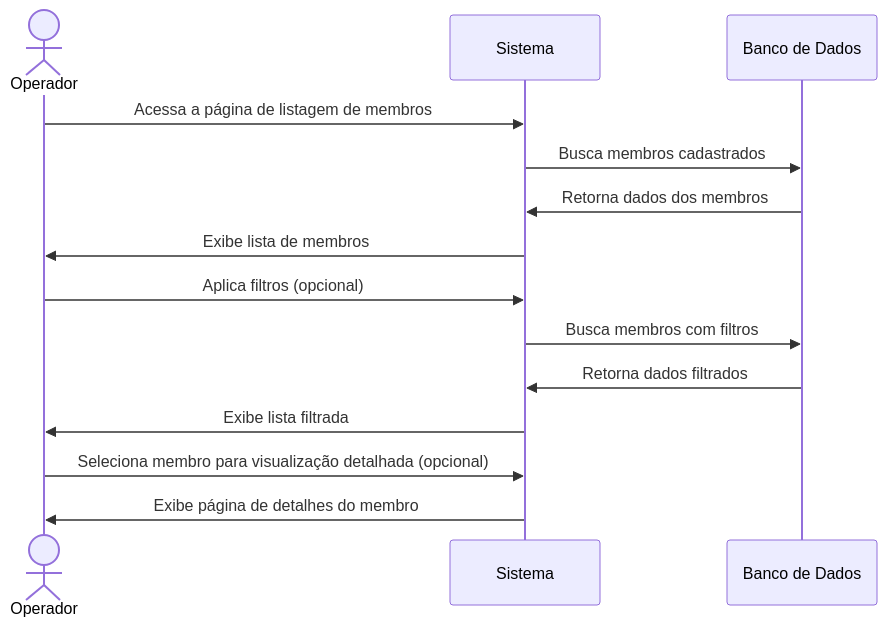
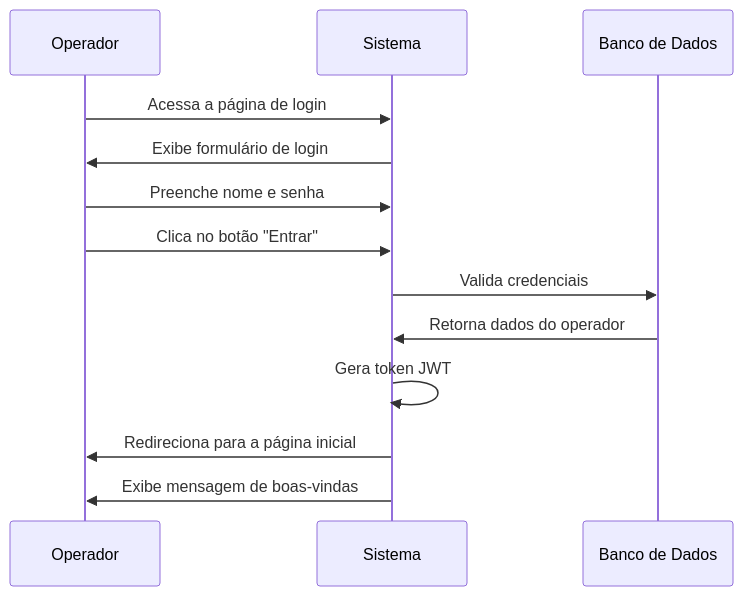
The first of 3 diagrams in Writerside/topics/RF09.md (Bomsalvez/quilombo-docs), drawn with Mermaid before and after one commit. The commit also changed other lines of this file and 34 other files, not shown here.

````diff
--- a/Writerside/topics/RF09.md
+++ b/Writerside/topics/RF09.md
@@ -38,17 +33,16 @@
 ```mermaid
 sequenceDiagram
-    actor O as Operador
+    participant O as Operador
     participant S as Sistema
-    participant BD as Banco de Dados
+    participant DB as Banco de Dados
     
-    O->>S: Acessa a página de listagem de membros
-    S->>BD: Busca membros cadastrados
-    BD->>S: Retorna dados dos membros
-    S->>O: Exibe lista de membros
-    O->>S: Aplica filtros (opcional)
-    S->>BD: Busca membros com filtros
-    BD->>S: Retorna dados filtrados
-    S->>O: Exibe lista filtrada
-    O->>S: Seleciona membro para visualização detalhada (opcional)
-    S->>O: Exibe página de detalhes do membro
+    O->>S: Acessa a página de login
+    S->>O: Exibe formulário de login
+    O->>S: Preenche nome e senha
+    O->>S: Clica no botão "Entrar"
+    S->>DB: Valida credenciais
+    DB->>S: Retorna dados do operador
+    S->>S: Gera token JWT
+    S->>O: Redireciona para a página inicial
+    S->>O: Exibe mensagem de boas-vindas
 ```
````
